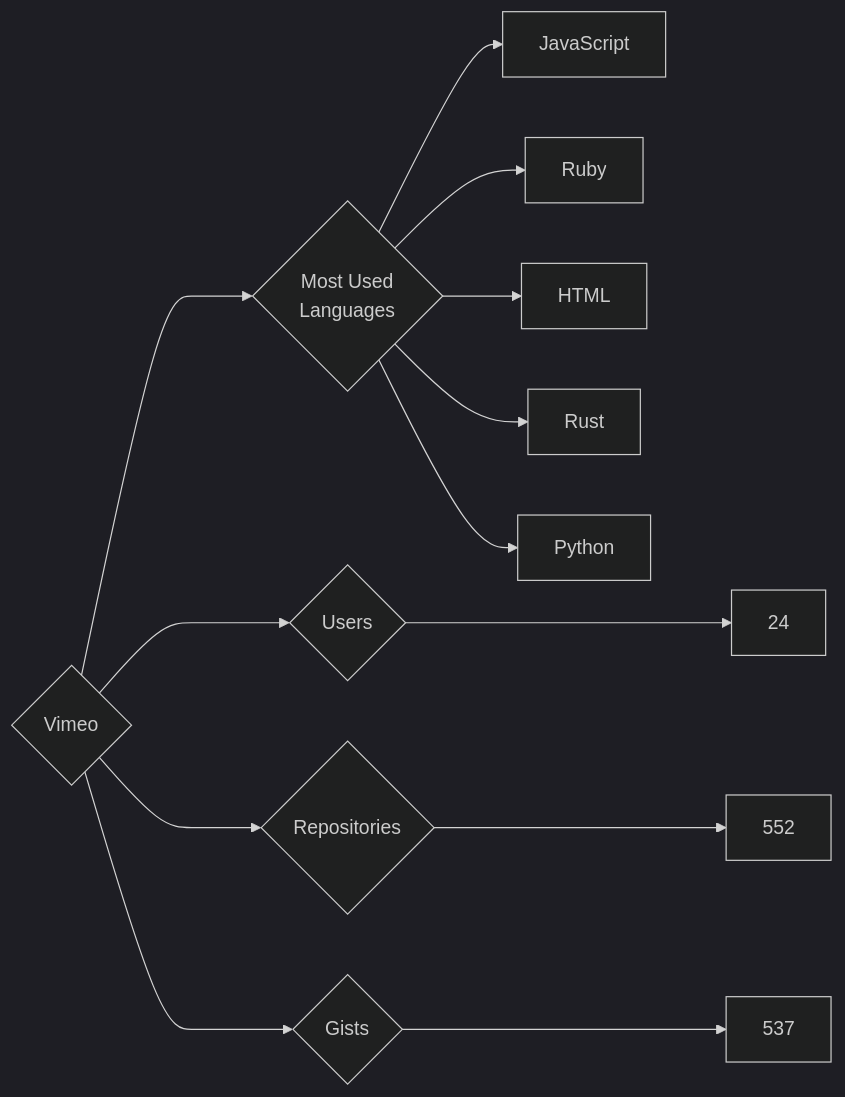
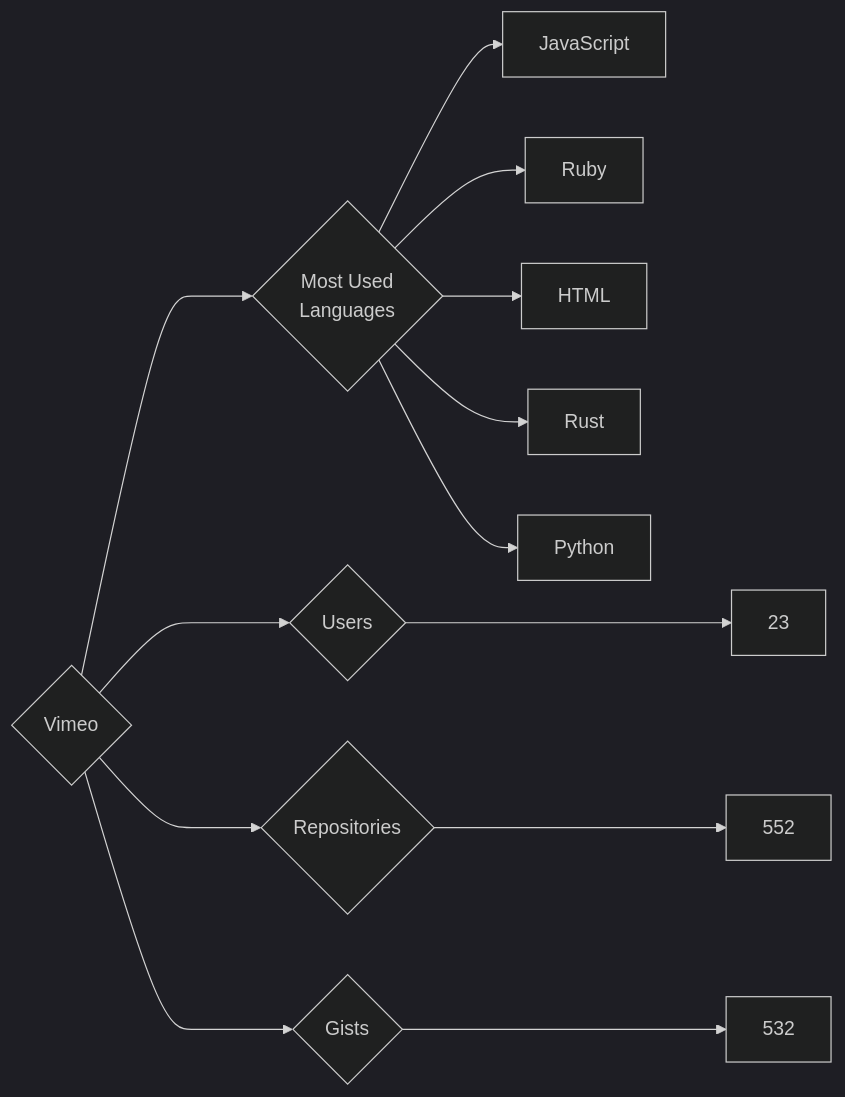
The diagram in targets/Vimeo/README.md (trickest/insiders), drawn with Mermaid (dark theme) before and after one commit. The commit also changed 796 other files, not shown here.

````diff
--- a/targets/Vimeo/README.md
+++ b/targets/Vimeo/README.md
@@ -3,13 +3,13 @@
 ```mermaid
 graph LR
 COMPANY_NAME{Vimeo}
-COMPANY_NAME ---> U{Users} ---> UN[24]
+COMPANY_NAME ---> U{Users} ---> UN[23]
 COMPANY_NAME ---> R{Repositories} ---> RN[552]
-COMPANY_NAME ---> G{Gists} ---> GN[537]
+COMPANY_NAME ---> G{Gists} ---> GN[532]
 COMPANY_NAME ---> ML{Most Used<br>Languages}
 ML --> JavaScript[JavaScript]
 ML --> Ruby[Ruby]
 ML --> HTML[HTML]
 ML --> Rust[Rust]
 ML --> Python[Python]
 ```
````
